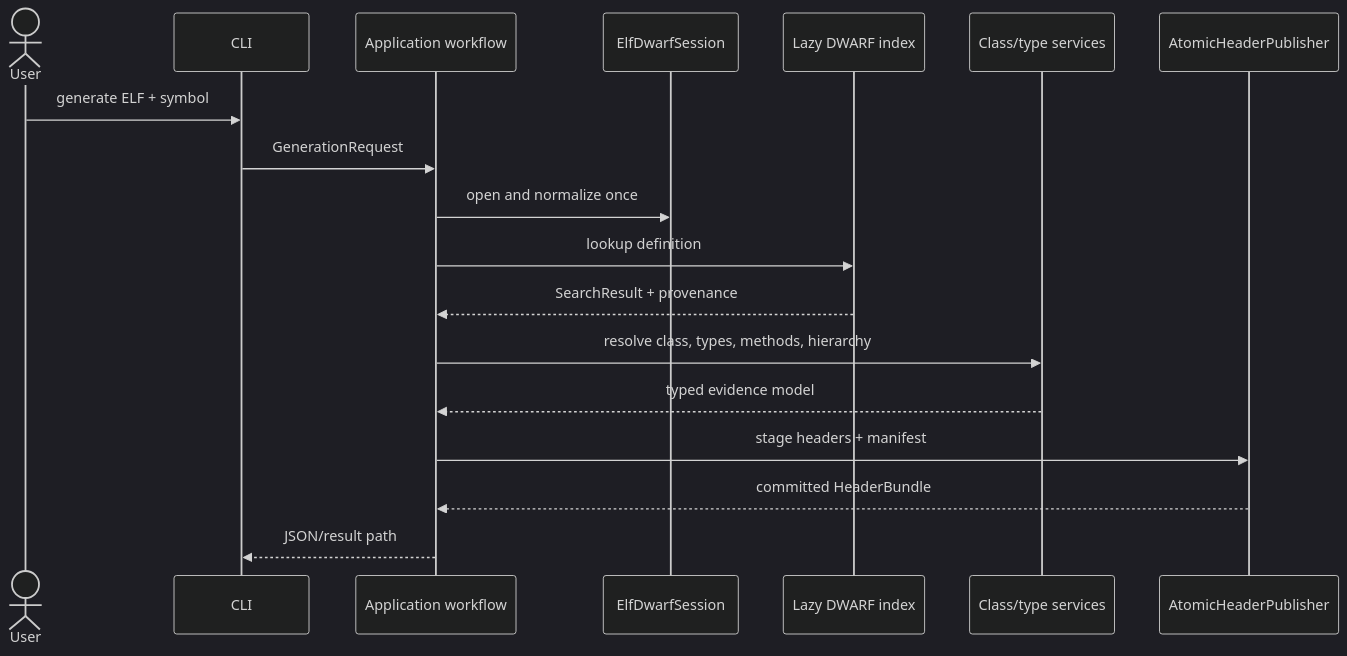
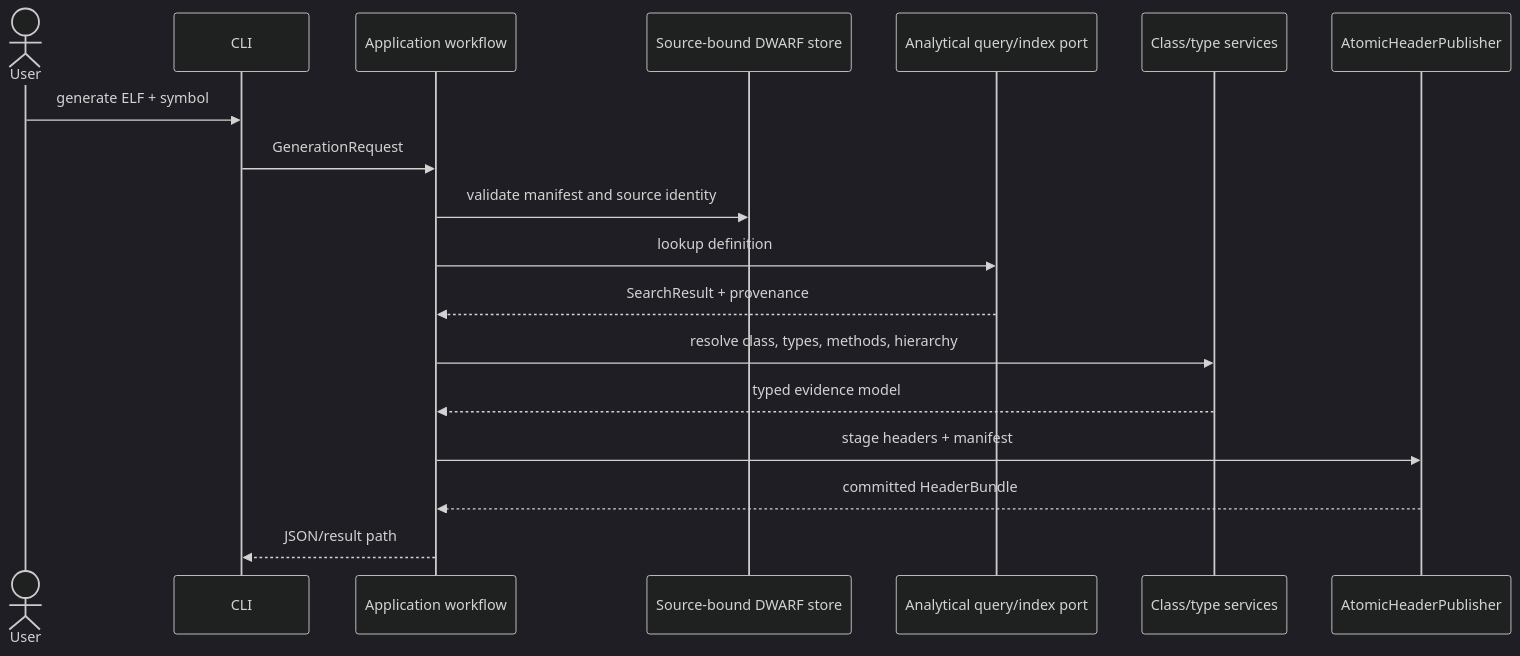
Before and after one commit to ddon-research/ddon-dwarf-reconstructor: the diagram in docs/explanation/architecture/runtime.md, drawn with Mermaid (dark theme). The commit also changed other lines of this file and 152 other files, not shown here.

Commit message:
WIP: Add analytical engine support for DWARF traversal

````diff
--- a/docs/explanation/architecture/runtime.md
+++ b/docs/explanation/architecture/runtime.md
@@ -5,21 +5,21 @@
 ```mermaid
 sequenceDiagram
     actor User
     participant CLI
     participant Workflow as Application workflow
-    participant Session as ElfDwarfSession
-    participant Index as Lazy DWARF index
+    participant Store as Source-bound DWARF store
+    participant Index as Analytical query/index port
     participant Parser as Class/type services
     participant Publisher as AtomicHeaderPublisher
 
     User->>CLI: generate ELF + symbol
     CLI->>Workflow: GenerationRequest
-    Workflow->>Session: open and normalize once
+    Workflow->>Store: validate manifest and source identity
     Workflow->>Index: lookup definition
     Index-->>Workflow: SearchResult + provenance
     Workflow->>Parser: resolve class, types, methods, hierarchy
     Parser-->>Workflow: typed evidence model
     Workflow->>Publisher: stage headers + manifest
     Publisher-->>Workflow: committed HeaderBundle
     Workflow-->>CLI: JSON/result path
 ```
````
